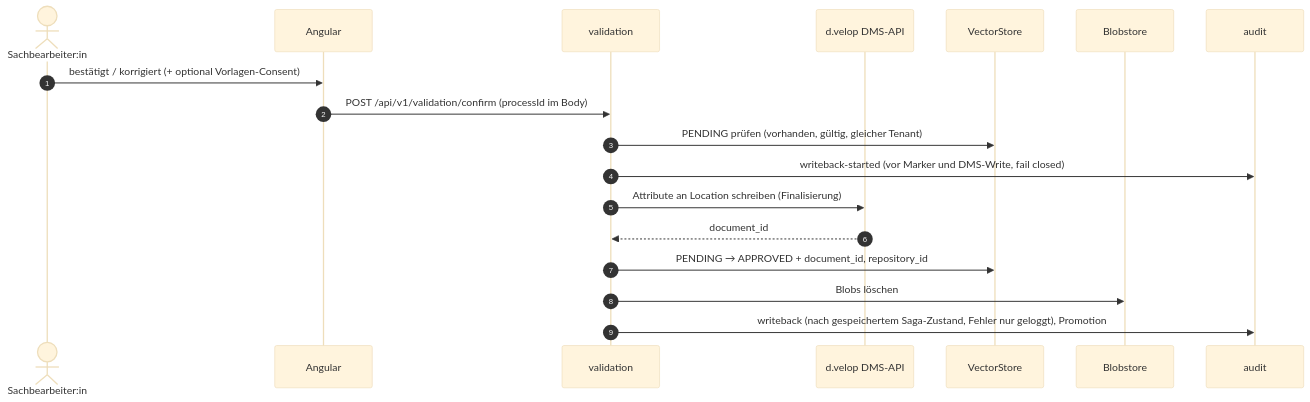
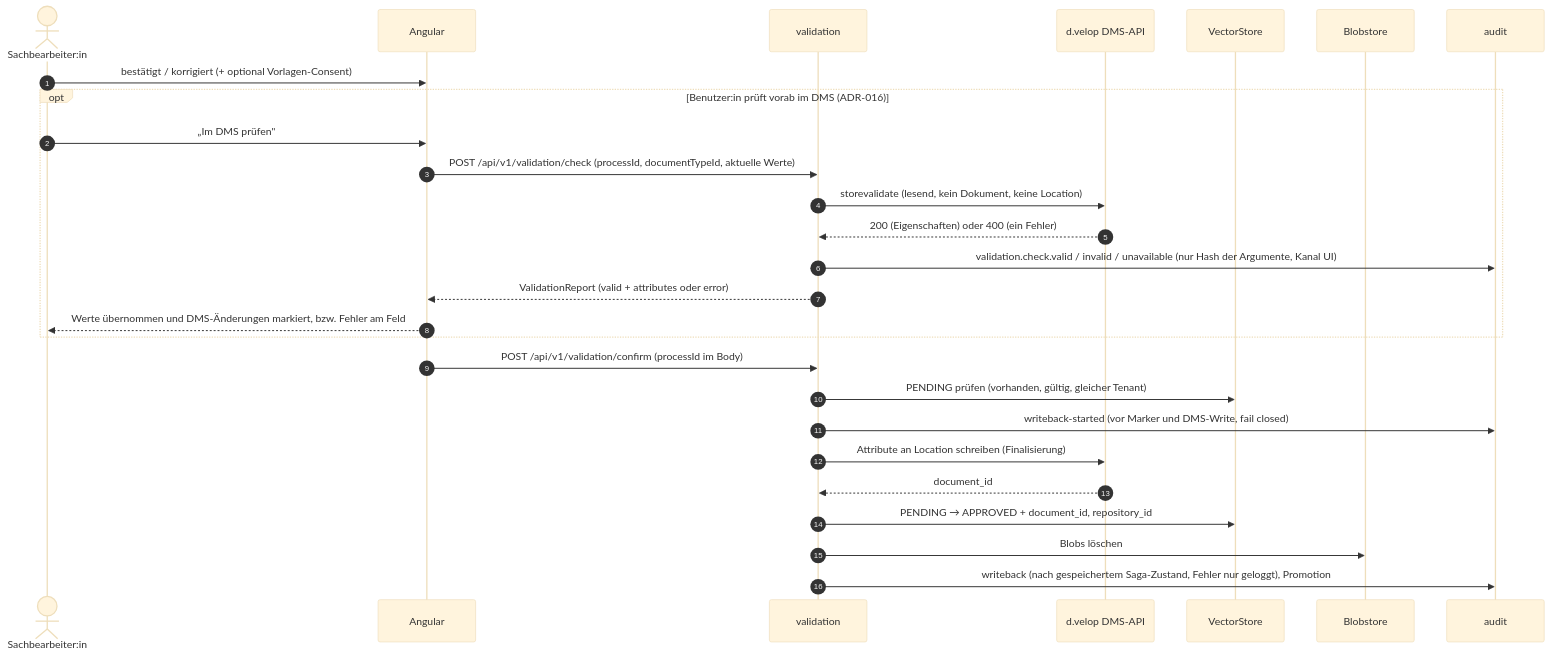
Before and after one commit to segjo/docextract: the fifth of 7 diagrams in doc/ARCHITECTURE.md, drawn with Mermaid (base theme). The commit also changed other lines of this file and 64 other files, not shown here.

First line of the commit message:
feat: add tests for DmsStoreValidationAdapter and related components

````diff
--- a/doc/ARCHITECTURE.md
+++ b/doc/ARCHITECTURE.md
@@ -443,21 +462,30 @@
 ```mermaid
 sequenceDiagram
     autonumber
     actor SB as Sachbearbeiter:in
     participant FE as Angular
     participant VAL as validation
     participant DMS as d.velop DMS-API
     participant VDB as VectorStore
     participant BLB as Blobstore
     participant AUD as audit
 
     SB->>FE: bestätigt / korrigiert (+ optional Vorlagen-Consent)
+    opt Benutzer:in prüft vorab im DMS (ADR-016)
+        SB->>FE: „Im DMS prüfen"
+        FE->>VAL: POST /api/v1/validation/check (processId, documentTypeId, aktuelle Werte)
+        VAL->>DMS: storevalidate (lesend, kein Dokument, keine Location)
+        DMS-->>VAL: 200 (Eigenschaften) oder 400 (ein Fehler)
+        VAL->>AUD: validation.check.valid / invalid / unavailable (nur Hash der Argumente, Kanal UI)
+        VAL-->>FE: ValidationReport (valid + attributes oder error)
+        FE-->>SB: Werte übernommen und DMS-Änderungen markiert, bzw. Fehler am Feld
+    end
     FE->>VAL: POST /api/v1/validation/confirm (processId im Body)
     VAL->>VDB: PENDING prüfen (vorhanden, gültig, gleicher Tenant)
     VAL->>AUD: writeback-started (vor Marker und DMS-Write, fail closed)
     VAL->>DMS: Attribute an Location schreiben (Finalisierung)
     DMS-->>VAL: document_id
     VAL->>VDB: PENDING → APPROVED + document_id, repository_id
     VAL->>BLB: Blobs löschen
     VAL->>AUD: writeback (nach gespeichertem Saga-Zustand, Fehler nur geloggt), Promotion
 ```
````
